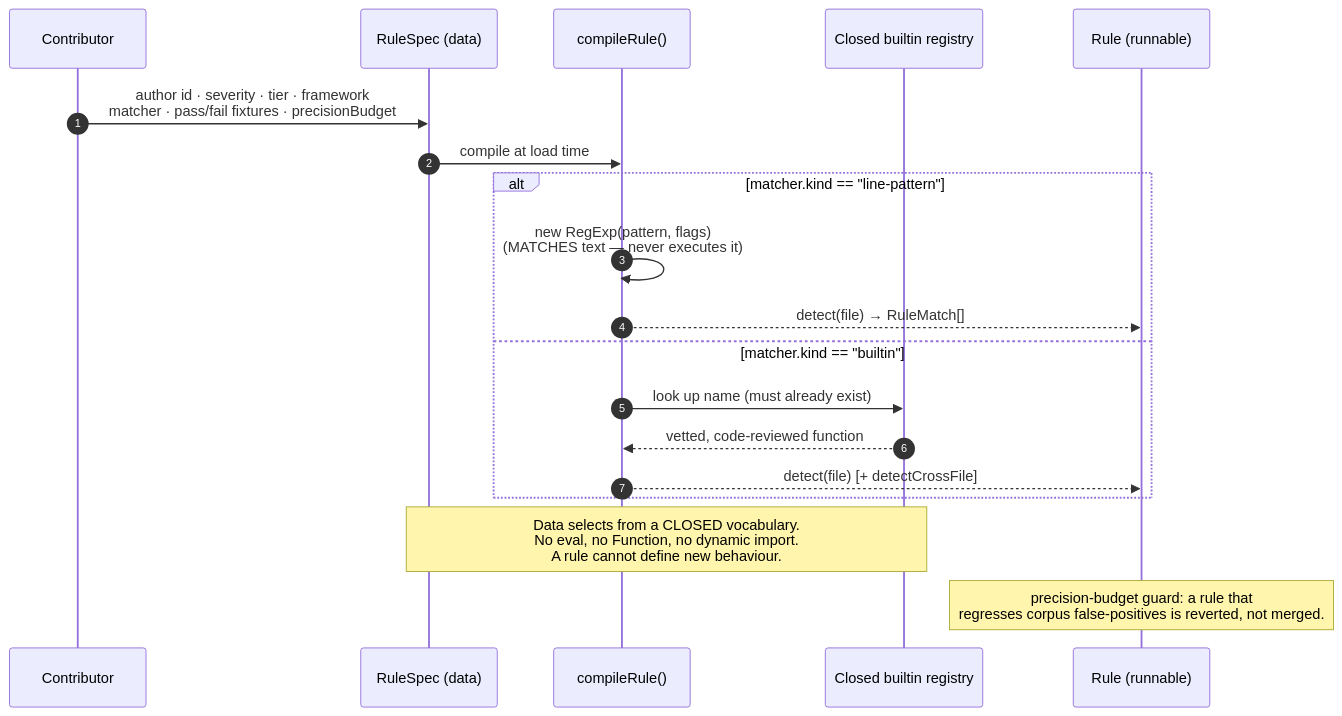
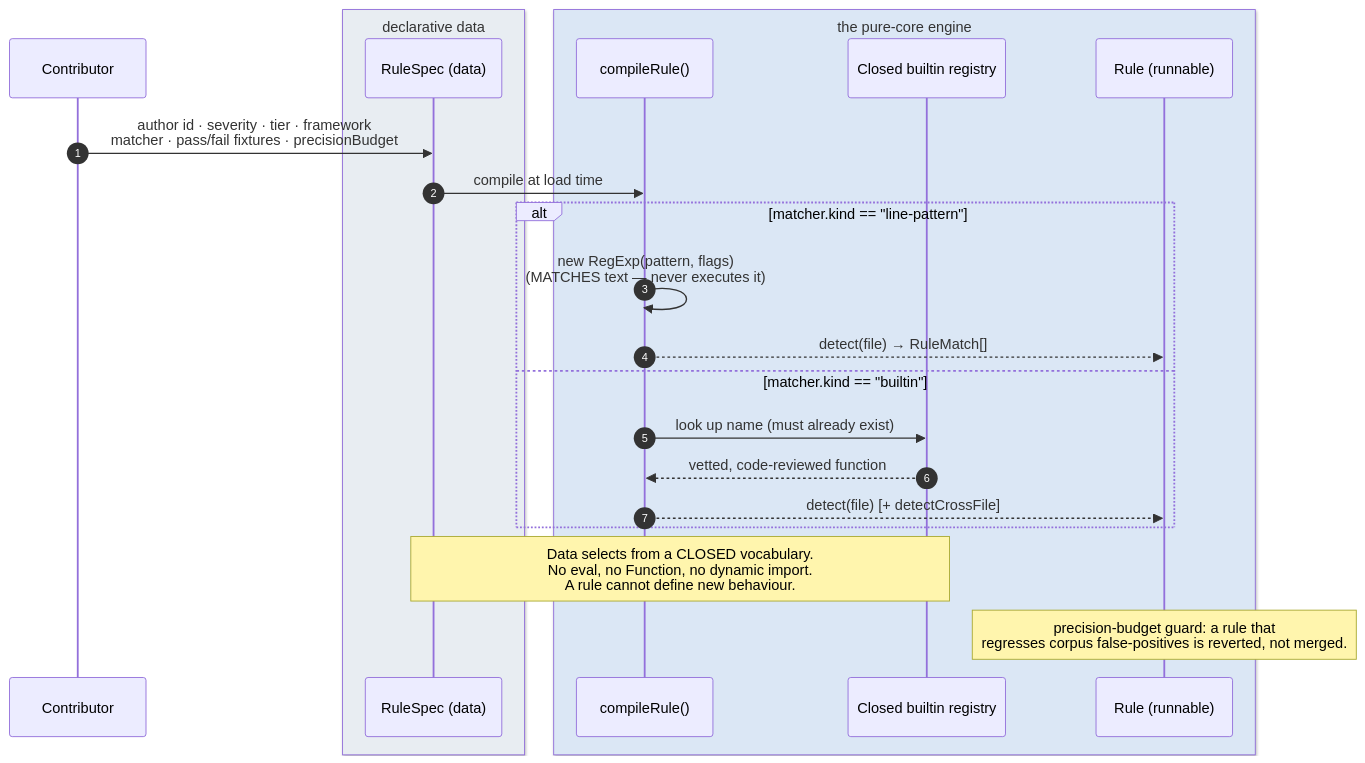
Before and after one commit to whatbirdisthat/exosphere: the diagram in doc/guide/diagrams/rule-compilation.mmd, drawn with Mermaid. The commit also changed 23 other files, not shown here.

First line of the commit message:
🎨 docs(diagrams): semantic colour-coding + fix oversized README headline

```diff
--- a/doc/guide/diagrams/rule-compilation.mmd
+++ b/doc/guide/diagrams/rule-compilation.mmd
@@ -1,22 +1,27 @@
 %% How a rule (DATA) becomes a runnable matcher — and why data can never execute.
+%% Colour key: grey = author/data · blue = the pure-core engine · green = the safety guarantee.
 %% Source: src/core/compile.ts, ruleset.ts, matchers/builtins.ts, ADR-005
 sequenceDiagram
     autonumber
     participant Dev as Contributor
+    box rgb(232,237,242) declarative data
     participant Spec as RuleSpec (data)
+    end
+    box rgb(219,231,245) the pure-core engine
     participant Comp as compileRule()
     participant Reg as Closed builtin registry
     participant Rule as Rule (runnable)
+    end
 
     Dev->>Spec: author id · severity · tier · framework<br/>matcher · pass/fail fixtures · precisionBudget
     Spec->>Comp: compile at load time
     alt matcher.kind == "line-pattern"
         Comp->>Comp: new RegExp(pattern, flags)<br/>(MATCHES text — never executes it)
         Comp-->>Rule: detect(file) → RuleMatch[]
     else matcher.kind == "builtin"
         Comp->>Reg: look up name (must already exist)
         Reg-->>Comp: vetted, code-reviewed function
         Comp-->>Rule: detect(file) [+ detectCrossFile]
     end
     Note over Spec,Reg: Data selects from a CLOSED vocabulary.<br/>No eval, no Function, no dynamic import.<br/>A rule cannot define new behaviour.
     Note over Rule: precision-budget guard: a rule that<br/>regresses corpus false-positives is reverted, not merged.
```
